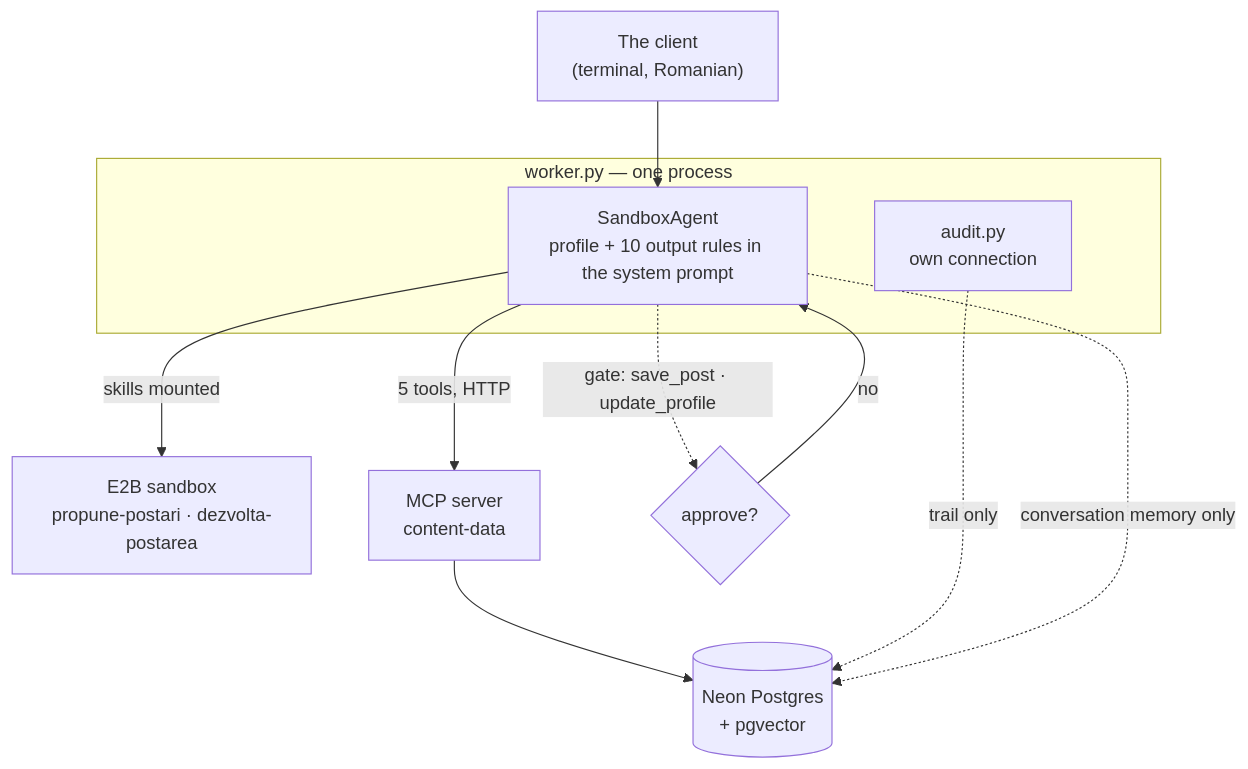
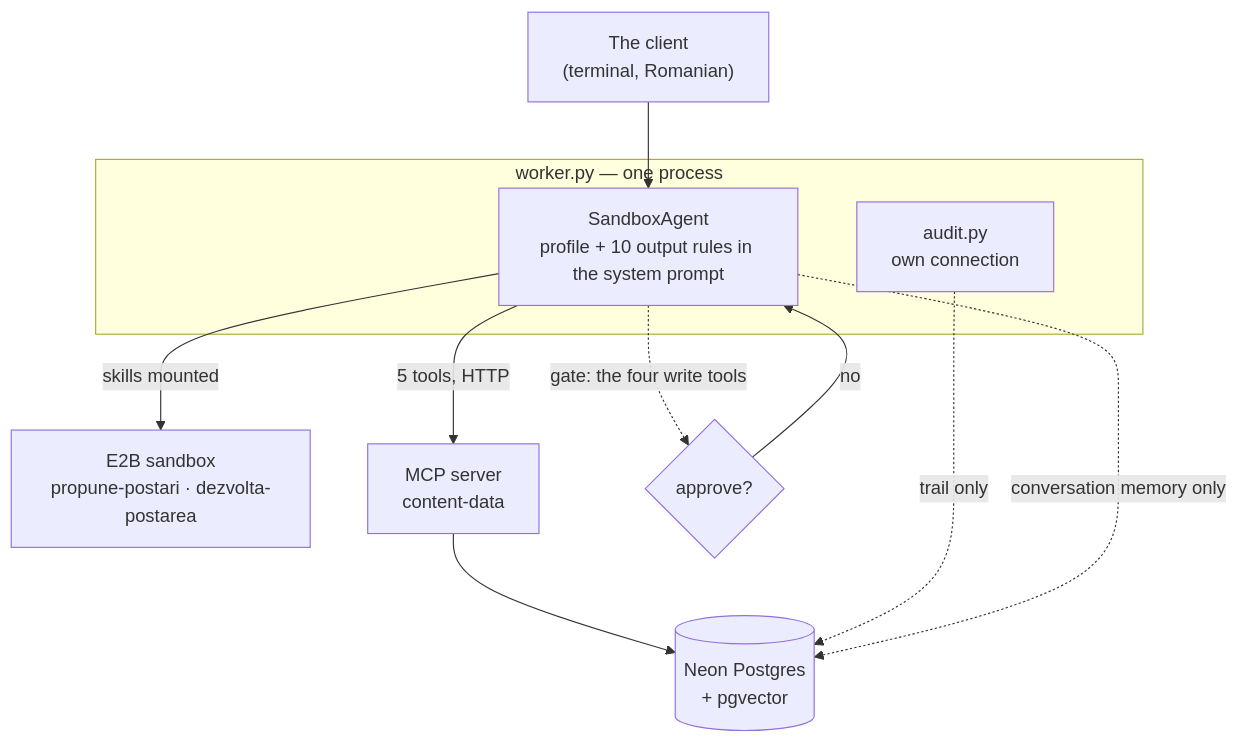
One commit to sorinLupaIonut/content-studio-fte changed the diagram in README.md. Above: the diagram before and after it, drawn with Mermaid. The commit also changed other lines of this file and 72 other files, not shown here.

````diff
--- a/README.md
+++ b/README.md
@@ -47,18 +47,18 @@
 ```mermaid
 flowchart TB
     U["The client<br/>(terminal, Romanian)"] --> W
 
     subgraph proc["worker.py — one process"]
         W["SandboxAgent<br/>profile + 10 output rules in the system prompt"]
         A["audit.py<br/>own connection"]
     end
 
     W -->|"skills mounted"| S["E2B sandbox<br/>propune-postari · dezvolta-postarea"]
     W -->|"5 tools, HTTP"| M["MCP server<br/>content-data"]
-    W -.->|"gate: save_post · update_profile"| G{"approve?"}
+    W -.->|"gate: the four write tools"| G{"approve?"}
     G -->|"no"| W
 
     M --> DB[("Neon Postgres<br/>+ pgvector")]
     A -.->|"trail only"| DB
     W -.->|"conversation memory only"| DB
 ```
````
